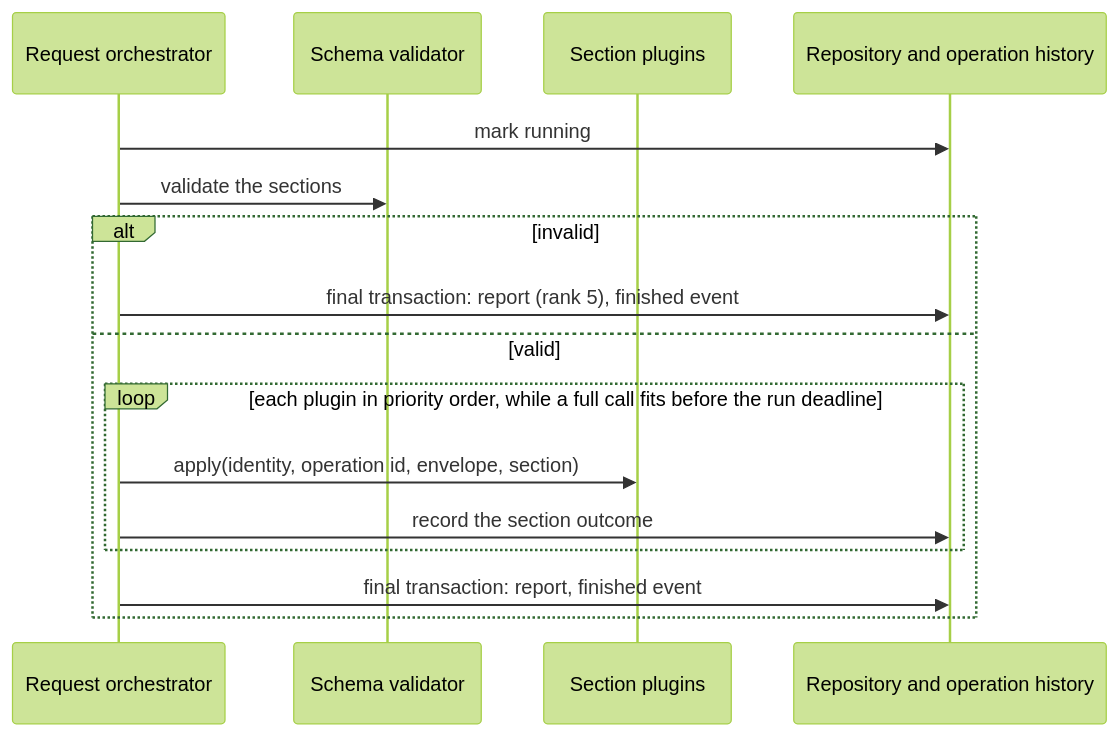
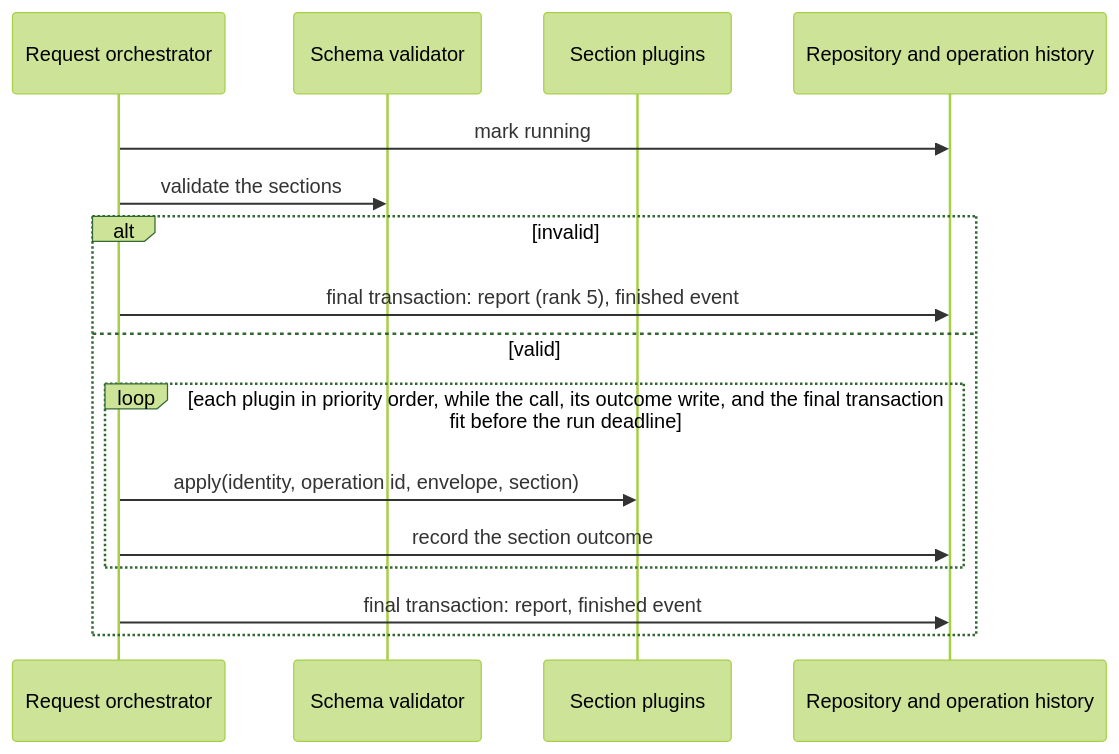
One commit to constructorfabric/gears-rust changed the fifth of 6 diagrams in gears/system/application-manager/docs/DESIGN.md. Above: the diagram before and after it, drawn with Mermaid (forest theme). The commit also changed other lines of this file and 3 other files, not shown here.

````diff
--- a/gears/system/application-manager/docs/DESIGN.md
+++ b/gears/system/application-manager/docs/DESIGN.md
@@ -639,18 +639,18 @@
 ```mermaid
 sequenceDiagram
     participant O as Request orchestrator
     participant V as Schema validator
     participant P as Section plugins
     participant R as Repository and operation history
     O ->> R: mark running
     O ->> V: validate the sections
     alt invalid
         O ->> R: final transaction: report (rank 5), finished event
     else valid
-        loop each plugin in priority order, while a full call fits before the run deadline
+        loop each plugin in priority order, while the call, its outcome write, and the final transaction fit before the run deadline
             O ->> P: apply(identity, operation id, envelope, section)
             O ->> R: record the section outcome
         end
         O ->> R: final transaction: report, finished event
     end
 ```
````
